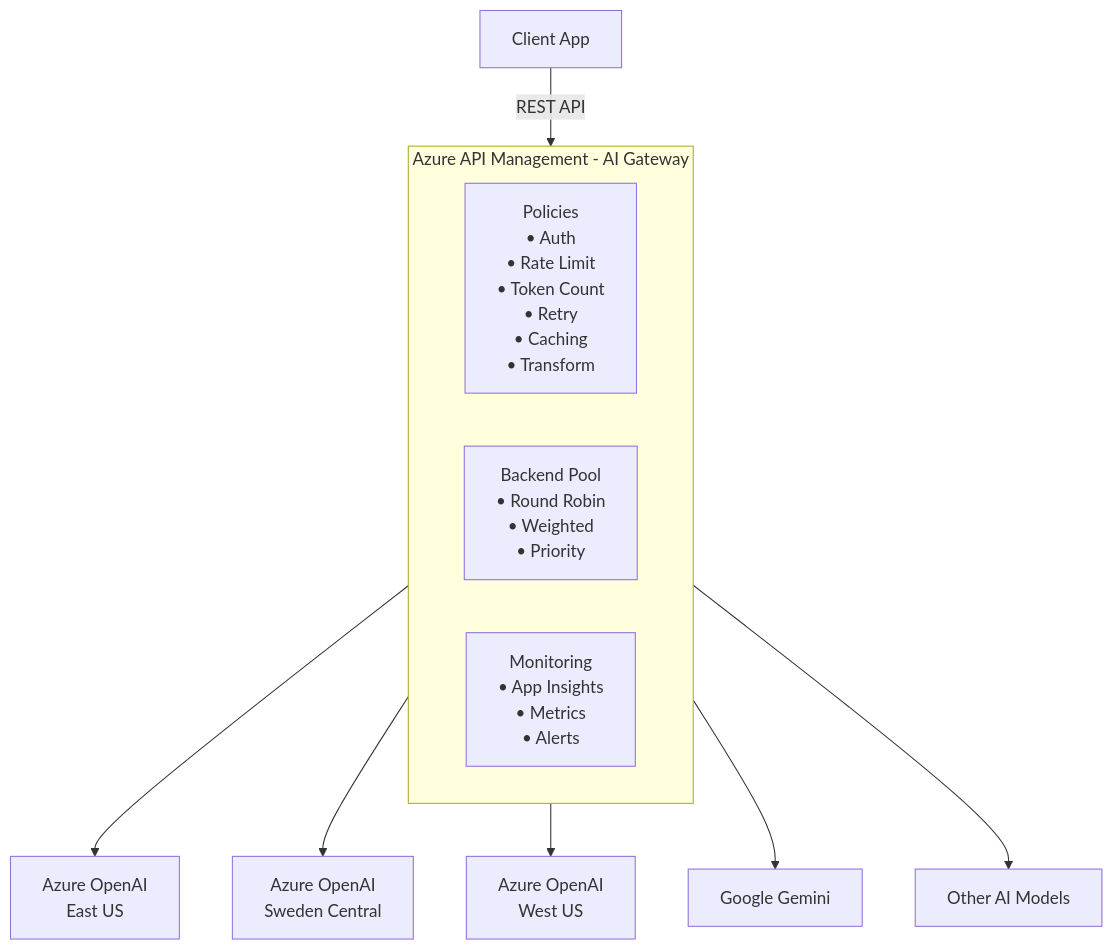
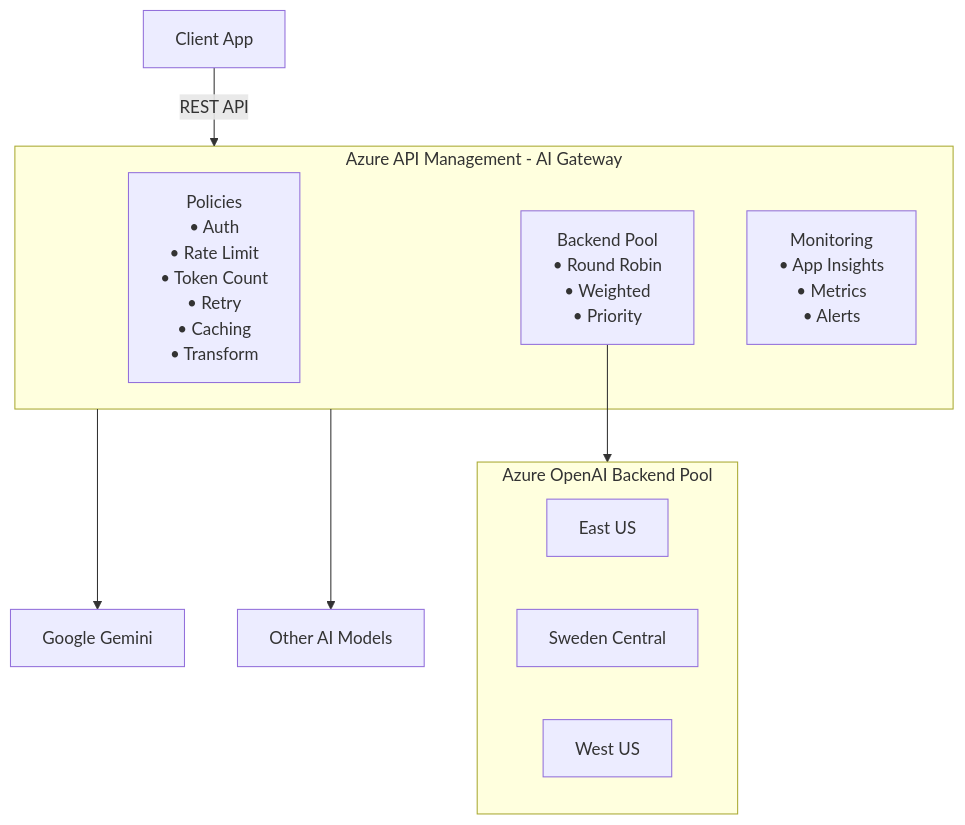
Before and after one commit to ChangJu-Ahn/Azure-AI-Gateway-KR: the first of 3 diagrams in README.md, drawn with Mermaid. The commit also changed other lines of this file and 10 other files, not shown here.

````diff
--- a/README.md
+++ b/README.md
@@ -87,16 +86,20 @@
 ```mermaid
 graph TD
     Client[Client App] -->|REST API| APIM
 
     subgraph APIM[Azure API Management - AI Gateway]
         Policies[Policies<br/>• Auth<br/>• Rate Limit<br/>• Token Count<br/>• Retry<br/>• Caching<br/>• Transform]
         Pool[Backend Pool<br/>• Round Robin<br/>• Weighted<br/>• Priority]
         Monitor[Monitoring<br/>• App Insights<br/>• Metrics<br/>• Alerts]
     end
 
-    APIM --> EUS[Azure OpenAI<br/>East US]
-    APIM --> SWE[Azure OpenAI<br/>Sweden Central]
-    APIM --> WUS[Azure OpenAI<br/>West US]
+    subgraph AOAIPool[Azure OpenAI Backend Pool]
+        EUS[East US]
+        SWE[Sweden Central]
+        WUS[West US]
+    end
+
+    Pool --> AOAIPool
     APIM --> GEM[Google Gemini]
     APIM --> OTHER[Other AI Models]
 ```
````
